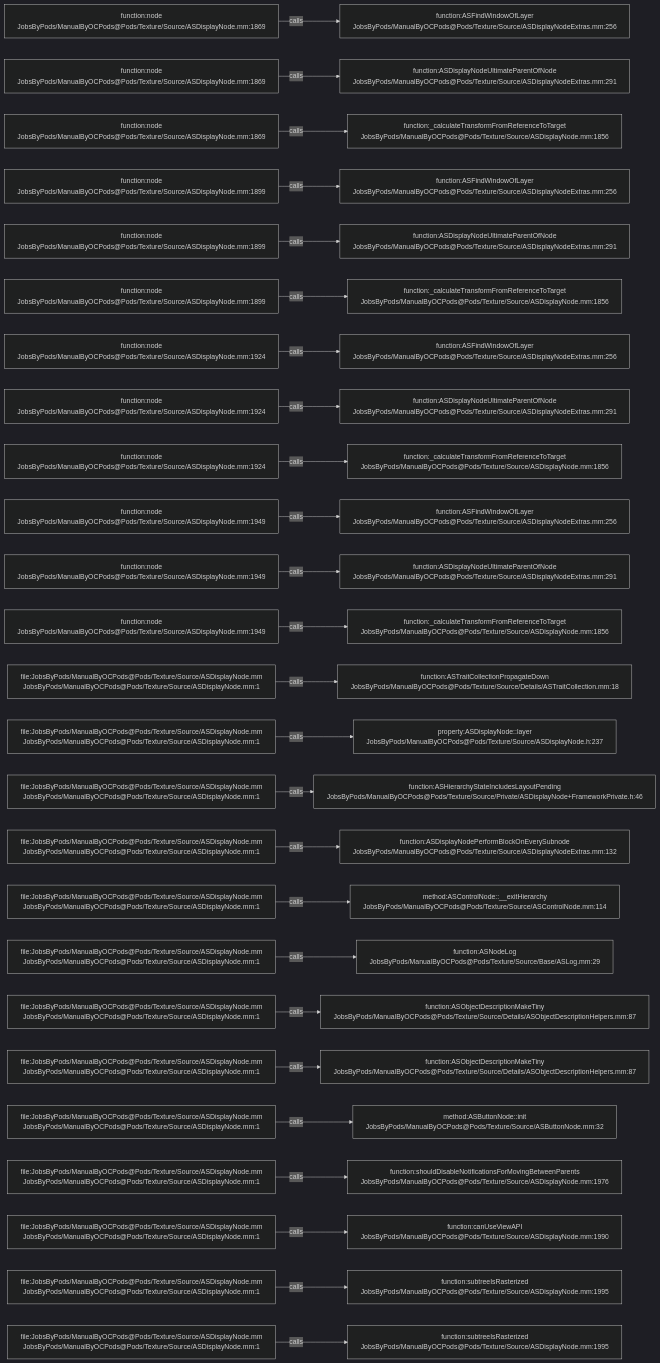
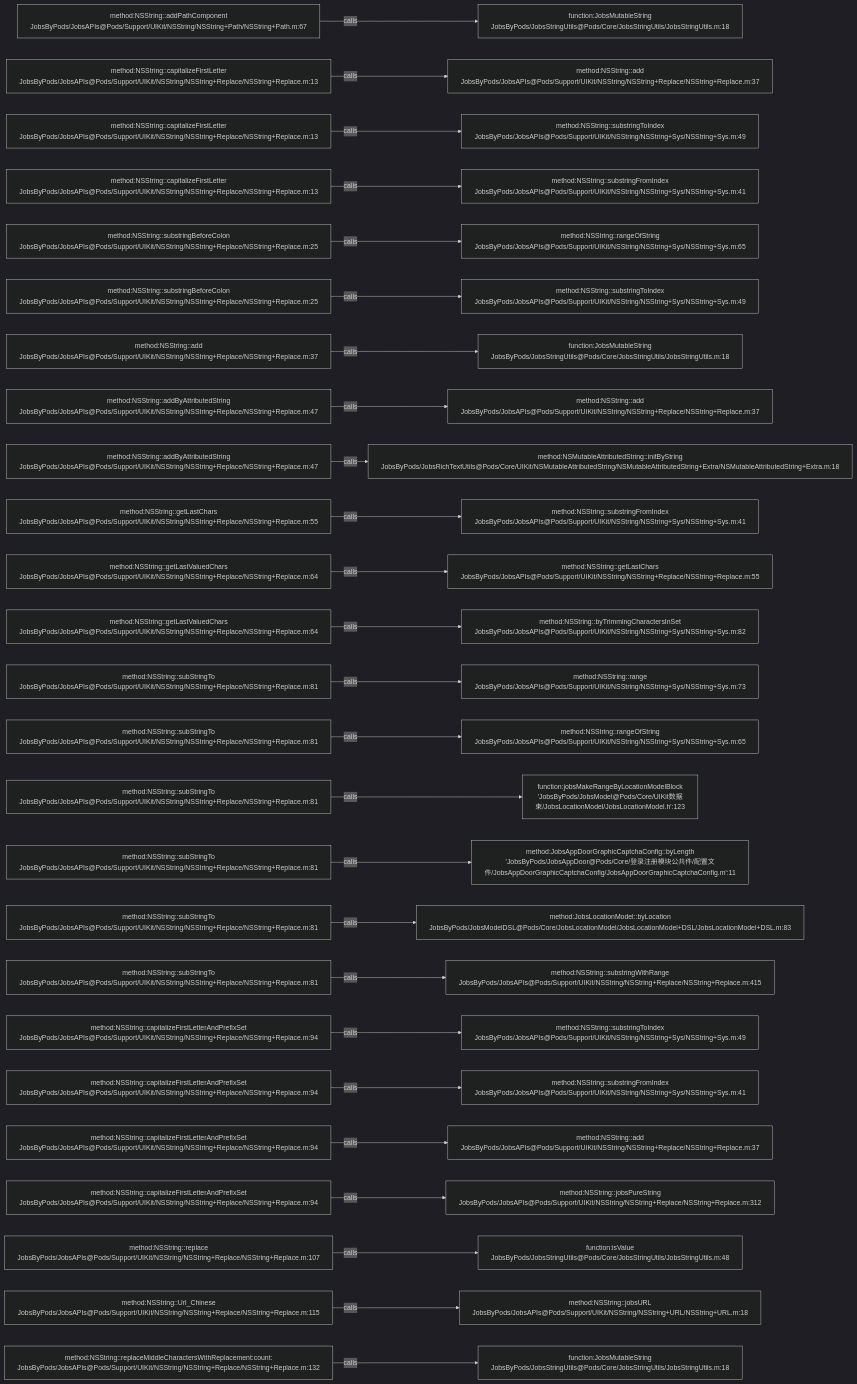
The diagram in .codegraph/codegraph.md/graphs/calls-086.md (JobsKits/JobsOCBaseConfigDemo), drawn with Mermaid (dark theme) before and after one commit. The commit also changed 768 other files, not shown here.

````diff
--- a/.codegraph/codegraph.md/graphs/calls-086.md
+++ b/.codegraph/codegraph.md/graphs/calls-086.md
@@ -13,78 +13,78 @@
 ```mermaid
 flowchart LR
-  S1["function:node<br/>JobsByPods/ManualByOCPods@Pods/Texture/Source/ASDisplayNode.mm:1869"]
-  T1["function:ASFindWindowOfLayer<br/>JobsByPods/ManualByOCPods@Pods/Texture/Source/ASDisplayNodeExtras.mm:256"]
+  S1["method:NSString::addPathComponent<br/>JobsByPods/JobsAPIs@Pods/Support/UIKit/NSString/NSString+Path/NSString+Path.m:67"]
+  T1["function:JobsMutableString<br/>JobsByPods/JobsStringUtils@Pods/Core/JobsStringUtils/JobsStringUtils.m:18"]
   S1 -->|calls| T1
-  S2["function:node<br/>JobsByPods/ManualByOCPods@Pods/Texture/Source/ASDisplayNode.mm:1869"]
-  T2["function:ASDisplayNodeUltimateParentOfNode<br/>JobsByPods/ManualByOCPods@Pods/Texture/Source/ASDisplayNodeExtras.mm:291"]
+  S2["method:NSString::capitalizeFirstLetter<br/>JobsByPods/JobsAPIs@Pods/Support/UIKit/NSString/NSString+Replace/NSString+Replace.m:13"]
+  T2["method:NSString::add<br/>JobsByPods/JobsAPIs@Pods/Support/UIKit/NSString/NSString+Replace/NSString+Replace.m:37"]
   S2 -->|calls| T2
-  S3["function:node<br/>JobsByPods/ManualByOCPods@Pods/Texture/Source/ASDisplayNode.mm:1869"]
-  T3["function:_calculateTransformFromReferenceToTarget<br/>JobsByPods/ManualByOCPods@Pods/Texture/Source/ASDisplayNode.mm:1856"]
+  S3["method:NSString::capitalizeFirstLetter<br/>JobsByPods/JobsAPIs@Pods/Support/UIKit/NSString/NSString+Replace/NSString+Replace.m:13"]
+  T3["method:NSString::substringToIndex<br/>JobsByPods/JobsAPIs@Pods/Support/UIKit/NSString/NSString+Sys/NSString+Sys.m:49"]
   S3 -->|calls| T3
-  S4["function:node<br/>JobsByPods/ManualByOCPods@Pods/Texture/Source/ASDisplayNode.mm:1899"]
-  T4["function:ASFindWindowOfLayer<br/>JobsByPods/ManualByOCPods@Pods/Texture/Source/ASDisplayNodeExtras.mm:256"]
+  S4["method:NSString::capitalizeFirstLetter<br/>JobsByPods/JobsAPIs@Pods/Support/UIKit/NSString/NSString+Replace/NSString+Replace.m:13"]
+  T4["method:NSString::substringFromIndex<br/>JobsByPods/JobsAPIs@Pods/Support/UIKit/NSString/NSString+Sys/NSString+Sys.m:41"]
   S4 -->|calls| T4
-  S5["function:node<br/>JobsByPods/ManualByOCPods@Pods/Texture/Source/ASDisplayNode.mm:1899"]
-  T5["function:ASDisplayNodeUltimateParentOfNode<br/>JobsByPods/ManualByOCPods@Pods/Texture/Source/ASDisplayNodeExtras.mm:291"]
+  S5["method:NSString::substringBeforeColon<br/>JobsByPods/JobsAPIs@Pods/Support/UIKit/NSString/NSString+Replace/NSString+Replace.m:25"]
+  T5["method:NSString::rangeOfString<br/>JobsByPods/JobsAPIs@Pods/Support/UIKit/NSString/NSString+Sys/NSString+Sys.m:65"]
   S5 -->|calls| T5
-  S6["function:node<br/>JobsByPods/ManualByOCPods@Pods/Texture/Source/ASDisplayNode.mm:1899"]
-  T6["function:_calculateTransformFromReferenceToTarget<br/>JobsByPods/ManualByOCPods@Pods/Texture/Source/ASDisplayNode.mm:1856"]
+  S6["method:NSString::substringBeforeColon<br/>JobsByPods/JobsAPIs@Pods/Support/UIKit/NSString/NSString+Replace/NSString+Replace.m:25"]
+  T6["method:NSString::substringToIndex<br/>JobsByPods/JobsAPIs@Pods/Support/UIKit/NSString/NSString+Sys/NSString+Sys.m:49"]
   S6 -->|calls| T6
-  S7["function:node<br/>JobsByPods/ManualByOCPods@Pods/Texture/Source/ASDisplayNode.mm:1924"]
-  T7["function:ASFindWindowOfLayer<br/>JobsByPods/ManualByOCPods@Pods/Texture/Source/ASDisplayNodeExtras.mm:256"]
+  S7["method:NSString::add<br/>JobsByPods/JobsAPIs@Pods/Support/UIKit/NSString/NSString+Replace/NSString+Replace.m:37"]
+  T7["function:JobsMutableString<br/>JobsByPods/JobsStringUtils@Pods/Core/JobsStringUtils/JobsStringUtils.m:18"]
   S7 -->|calls| T7
-  S8["function:node<br/>JobsByPods/ManualByOCPods@Pods/Texture/Source/ASDisplayNode.mm:1924"]
-  T8["function:ASDisplayNodeUltimateParentOfNode<br/>JobsByPods/ManualByOCPods@Pods/Texture/Source/ASDisplayNodeExtras.mm:291"]
+  S8["method:NSString::addByAttributedString<br/>JobsByPods/JobsAPIs@Pods/Support/UIKit/NSString/NSString+Replace/NSString+Replace.m:47"]
+  T8["method:NSString::add<br/>JobsByPods/JobsAPIs@Pods/Support/UIKit/NSString/NSString+Replace/NSString+Replace.m:37"]
   S8 -->|calls| T8
-  S9["function:node<br/>JobsByPods/ManualByOCPods@Pods/Texture/Source/ASDisplayNode.mm:1924"]
-  T9["function:_calculateTransformFromReferenceToTarget<br/>JobsByPods/ManualByOCPods@Pods/Texture/Source/ASDisplayNode.mm:1856"]
+  S9["method:NSString::addByAttributedString<br/>JobsByPods/JobsAPIs@Pods/Support/UIKit/NSString/NSString+Replace/NSString+Replace.m:47"]
+  T9["method:NSMutableAttributedString::initByString<br/>JobsByPods/JobsRichTextUtils@Pods/Core/UIKit/NSMutableAttributedString/NSMutableAttributedString+Extra/NSMutableAttributedString+Extra.m:18"]
   S9 -->|calls| T9
-  S10["function:node<br/>JobsByPods/ManualByOCPods@Pods/Texture/Source/ASDisplayNode.mm:1949"]
-  T10["function:ASFindWindowOfLayer<br/>JobsByPods/ManualByOCPods@Pods/Texture/Source/ASDisplayNodeExtras.mm:256"]
+  S10["method:NSString::getLastChars<br/>JobsByPods/JobsAPIs@Pods/Support/UIKit/NSString/NSString+Replace/NSString+Replace.m:55"]
+  T10["method:NSString::substringFromIndex<br/>JobsByPods/JobsAPIs@Pods/Support/UIKit/NSString/NSString+Sys/NSString+Sys.m:41"]
   S10 -->|calls| T10
-  S11["function:node<br/>JobsByPods/ManualByOCPods@Pods/Texture/Source/ASDisplayNode.mm:1949"]
-  T11["function:ASDisplayNodeUltimateParentOfNode<br/>JobsByPods/ManualByOCPods@Pods/Texture/Source/ASDisplayNodeExtras.mm:291"]
+  S11["method:NSString::getLastValuedChars<br/>JobsByPods/JobsAPIs@Pods/Support/UIKit/NSString/NSString+Replace/NSString+Replace.m:64"]
+  T11["method:NSString::getLastChars<br/>JobsByPods/JobsAPIs@Pods/Support/UIKit/NSString/NSString+Replace/NSString+Replace.m:55"]
   S11 -->|calls| T11
-  S12["function:node<br/>JobsByPods/ManualByOCPods@Pods/Texture/Source/ASDisplayNode.mm:1949"]
-  T12["function:_calculateTransformFromReferenceToTarget<br/>JobsByPods/ManualByOCPods@Pods/Texture/Source/ASDisplayNode.mm:1856"]
+  S12["method:NSString::getLastValuedChars<br/>JobsByPods/JobsAPIs@Pods/Support/UIKit/NSString/NSString+Replace/NSString+Replace.m:64"]
+  T12["method:NSString::byTrimmingCharactersInSet<br/>JobsByPods/JobsAPIs@Pods/Support/UIKit/NSString/NSString+Sys/NSString+Sys.m:82"]
   S12 -->|calls| T12
-  S13["file:JobsByPods/ManualByOCPods@Pods/Texture/Source/ASDisplayNode.mm<br/>JobsByPods/ManualByOCPods@Pods/Texture/Source/ASDisplayNode.mm:1"]
-  T13["function:ASTraitCollectionPropagateDown<br/>JobsByPods/ManualByOCPods@Pods/Texture/Source/Details/ASTraitCollection.mm:18"]
+  S13["method:NSString::subStringTo<br/>JobsByPods/JobsAPIs@Pods/Support/UIKit/NSString/NSString+Replace/NSString+Replace.m:81"]
+  T13["method:NSString::range<br/>JobsByPods/JobsAPIs@Pods/Support/UIKit/NSString/NSString+Sys/NSString+Sys.m:73"]
   S13 -->|calls| T13
-  S14["file:JobsByPods/ManualByOCPods@Pods/Texture/Source/ASDisplayNode.mm<br/>JobsByPods/ManualByOCPods@Pods/Texture/Source/ASDisplayNode.mm:1"]
-  T14["property:ASDisplayNode::layer<br/>JobsByPods/ManualByOCPods@Pods/Texture/Source/ASDisplayNode.h:237"]
+  S14["method:NSString::subStringTo<br/>JobsByPods/JobsAPIs@Pods/Support/UIKit/NSString/NSString+Replace/NSString+Replace.m:81"]
+  T14["method:NSString::rangeOfString<br/>JobsByPods/JobsAPIs@Pods/Support/UIKit/NSString/NSString+Sys/NSString+Sys.m:65"]
   S14 -->|calls| T14
-  S15["file:JobsByPods/ManualByOCPods@Pods/Texture/Source/ASDisplayNode.mm<br/>JobsByPods/ManualByOCPods@Pods/Texture/Source/ASDisplayNode.mm:1"]
-  T15["function:ASHierarchyStateIncludesLayoutPending<br/>JobsByPods/ManualByOCPods@Pods/Texture/Source/Private/ASDisplayNode+FrameworkPrivate.h:46"]
+  S15["method:NSString::subStringTo<br/>JobsByPods/JobsAPIs@Pods/Support/UIKit/NSString/NSString+Replace/NSString+Replace.m:81"]
+  T15["function:jobsMakeRangeByLocationModelBlock<br/>'JobsByPods/JobsModel@Pods/Core/UIKit数据束/JobsLocationModel/JobsLocationModel.h':123"]
   S15 -->|calls| T15
-  S16["file:JobsByPods/ManualByOCPods@Pods/Texture/Source/ASDisplayNode.mm<br/>JobsByPods/ManualByOCPods@Pods/Texture/Source/ASDisplayNode.mm:1"]
-  T16["function:ASDisplayNodePerformBlockOnEverySubnode<br/>JobsByPods/ManualByOCPods@Pods/Texture/Source/ASDisplayNodeExtras.mm:132"]
+  S16["method:NSString::subStringTo<br/>JobsByPods/JobsAPIs@Pods/Support/UIKit/NSString/NSString+Replace/NSString+Replace.m:81"]
+  T16["method:JobsAppDoorGraphicCaptchaConfig::byLength<br/>'JobsByPods/JobsAppDoor@Pods/Core/登录注册模块公共件/配置文件/JobsAppDoorGraphicCaptchaConfig/JobsAppDoorGraphicCaptchaConfig.m':11"]
   S16 -->|calls| T16
-  S17["file:JobsByPods/ManualByOCPods@Pods/Texture/Source/ASDisplayNode.mm<br/>JobsByPods/ManualByOCPods@Pods/Texture/Source/ASDisplayNode.mm:1"]
-  T17["method:ASControlNode::__exitHierarchy<br/>JobsByPods/ManualByOCPods@Pods/Texture/Source/ASControlNode.mm:114"]
+  S17["method:NSString::subStringTo<br/>JobsByPods/JobsAPIs@Pods/Support/UIKit/NSString/NSString+Replace/NSString+Replace.m:81"]
+  T17["method:JobsLocationModel::byLocation<br/>JobsByPods/JobsModelDSL@Pods/Core/JobsLocationModel/JobsLocationModel+DSL/JobsLocationModel+DSL.m:83"]
   S17 -->|calls| T17
-  S18["file:JobsByPods/ManualByOCPods@Pods/Texture/Source/ASDisplayNode.mm<br/>JobsByPods/ManualByOCPods@Pods/Texture/Source/ASDisplayNode.mm:1"]
-  T18["function:ASNodeLog<br/>JobsByPods/ManualByOCPods@Pods/Texture/Source/Base/ASLog.mm:29"]
+  S18["method:NSString::subStringTo<br/>JobsByPods/JobsAPIs@Pods/Support/UIKit/NSString/NSString+Replace/NSString+Replace.m:81"]
+  T18["method:NSString::substringWithRange<br/>JobsByPods/JobsAPIs@Pods/Support/UIKit/NSString/NSString+Replace/NSString+Replace.m:415"]
   S18 -->|calls| T18
-  S19["file:JobsByPods/ManualByOCPods@Pods/Texture/Source/ASDisplayNode.mm<br/>JobsByPods/ManualByOCPods@Pods/Texture/Source/ASDisplayNode.mm:1"]
-  T19["function:ASObjectDescriptionMakeTiny<br/>JobsByPods/ManualByOCPods@Pods/Texture/Source/Details/ASObjectDescriptionHelpers.mm:87"]
+  S19["method:NSString::capitalizeFirstLetterAndPrefixSet<br/>JobsByPods/JobsAPIs@Pods/Support/UIKit/NSString/NSString+Replace/NSString+Replace.m:94"]
+  T19["method:NSString::substringToIndex<br/>JobsByPods/JobsAPIs@Pods/Support/UIKit/NSString/NSString+Sys/NSString+Sys.m:49"]
   S19 -->|calls| T19
-  S20["file:JobsByPods/ManualByOCPods@Pods/Texture/Source/ASDisplayNode.mm<br/>JobsByPods/ManualByOCPods@Pods/Texture/Source/ASDisplayNode.mm:1"]
-  T20["function:ASObjectDescriptionMakeTiny<br/>JobsByPods/ManualByOCPods@Pods/Texture/Source/Details/ASObjectDescriptionHelpers.mm:87"]
+  S20["method:NSString::capitalizeFirstLetterAndPrefixSet<br/>JobsByPods/JobsAPIs@Pods/Support/UIKit/NSString/NSString+Replace/NSString+Replace.m:94"]
+  T20["method:NSString::substringFromIndex<br/>JobsByPods/JobsAPIs@Pods/Support/UIKit/NSString/NSString+Sys/NSString+Sys.m:41"]
   S20 -->|calls| T20
-  S21["file:JobsByPods/ManualByOCPods@Pods/Texture/Source/ASDisplayNode.mm<br/>JobsByPods/ManualByOCPods@Pods/Texture/Source/ASDisplayNode.mm:1"]
-  T21["method:ASButtonNode::init<br/>JobsByPods/ManualByOCPods@Pods/Texture/Source/ASButtonNode.mm:32"]
+  S21["method:NSString::capitalizeFirstLetterAndPrefixSet<br/>JobsByPods/JobsAPIs@Pods/Support/UIKit/NSString/NSString+Replace/NSString+Replace.m:94"]
+  T21["method:NSString::add<br/>JobsByPods/JobsAPIs@Pods/Support/UIKit/NSString/NSString+Replace/NSString+Replace.m:37"]
   S21 -->|calls| T21
-  S22["file:JobsByPods/ManualByOCPods@Pods/Texture/Source/ASDisplayNode.mm<br/>JobsByPods/ManualByOCPods@Pods/Texture/Source/ASDisplayNode.mm:1"]
-  T22["function:shouldDisableNotificationsForMovingBetweenParents<br/>JobsByPods/ManualByOCPods@Pods/Texture/Source/ASDisplayNode.mm:1976"]
+  S22["method:NSString::capitalizeFirstLetterAndPrefixSet<br/>JobsByPods/JobsAPIs@Pods/Support/UIKit/NSString/NSString+Replace/NSString+Replace.m:94"]
+  T22["method:NSString::jobsPureString<br/>JobsByPods/JobsAPIs@Pods/Support/UIKit/NSString/NSString+Replace/NSString+Replace.m:312"]
   S22 -->|calls| T22
-  S23["file:JobsByPods/ManualByOCPods@Pods/Texture/Source/ASDisplayNode.mm<br/>JobsByPods/ManualByOCPods@Pods/Texture/Source/ASDisplayNode.mm:1"]
-  T23["function:canUseViewAPI<br/>JobsByPods/ManualByOCPods@Pods/Texture/Source/ASDisplayNode.mm:1990"]
+  S23["method:NSString::replace<br/>JobsByPods/JobsAPIs@Pods/Support/UIKit/NSString/NSString+Replace/NSString+Replace.m:107"]
+  T23["function:isValue<br/>JobsByPods/JobsStringUtils@Pods/Core/JobsStringUtils/JobsStringUtils.m:48"]
   S23 -->|calls| T23
-  S24["file:JobsByPods/ManualByOCPods@Pods/Texture/Source/ASDisplayNode.mm<br/>JobsByPods/ManualByOCPods@Pods/Texture/Source/ASDisplayNode.mm:1"]
-  T24["function:subtreeIsRasterized<br/>JobsByPods/ManualByOCPods@Pods/Texture/Source/ASDisplayNode.mm:1995"]
+  S24["method:NSString::Url_Chinese<br/>JobsByPods/JobsAPIs@Pods/Support/UIKit/NSString/NSString+Replace/NSString+Replace.m:115"]
+  T24["method:NSString::jobsURL<br/>JobsByPods/JobsAPIs@Pods/Support/UIKit/NSString/NSString+URL/NSString+URL.m:18"]
   S24 -->|calls| T24
-  S25["file:JobsByPods/ManualByOCPods@Pods/Texture/Source/ASDisplayNode.mm<br/>JobsByPods/ManualByOCPods@Pods/Texture/Source/ASDisplayNode.mm:1"]
-  T25["function:subtreeIsRasterized<br/>JobsByPods/ManualByOCPods@Pods/Texture/Source/ASDisplayNode.mm:1995"]
+  S25["method:NSString::replaceMiddleCharactersWithReplacement:count:<br/>JobsByPods/JobsAPIs@Pods/Support/UIKit/NSString/NSString+Replace/NSString+Replace.m:132"]
+  T25["function:JobsMutableString<br/>JobsByPods/JobsStringUtils@Pods/Core/JobsStringUtils/JobsStringUtils.m:18"]
   S25 -->|calls| T25
 ```
````
